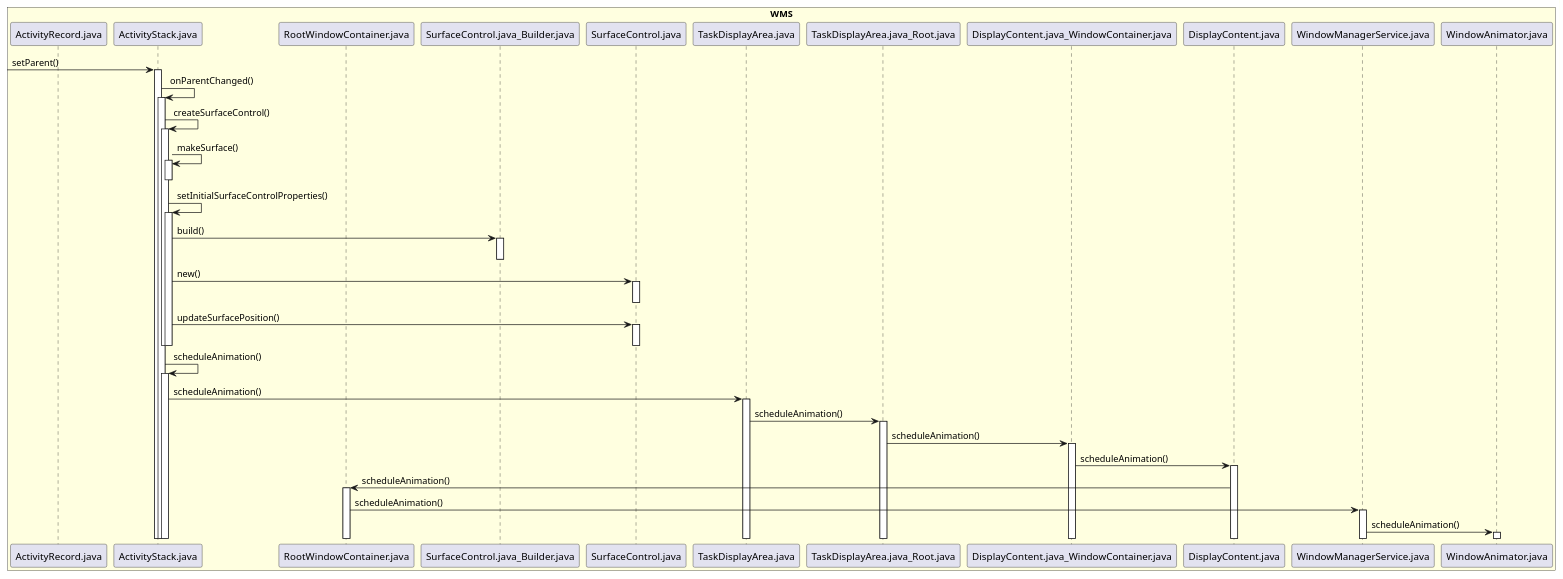
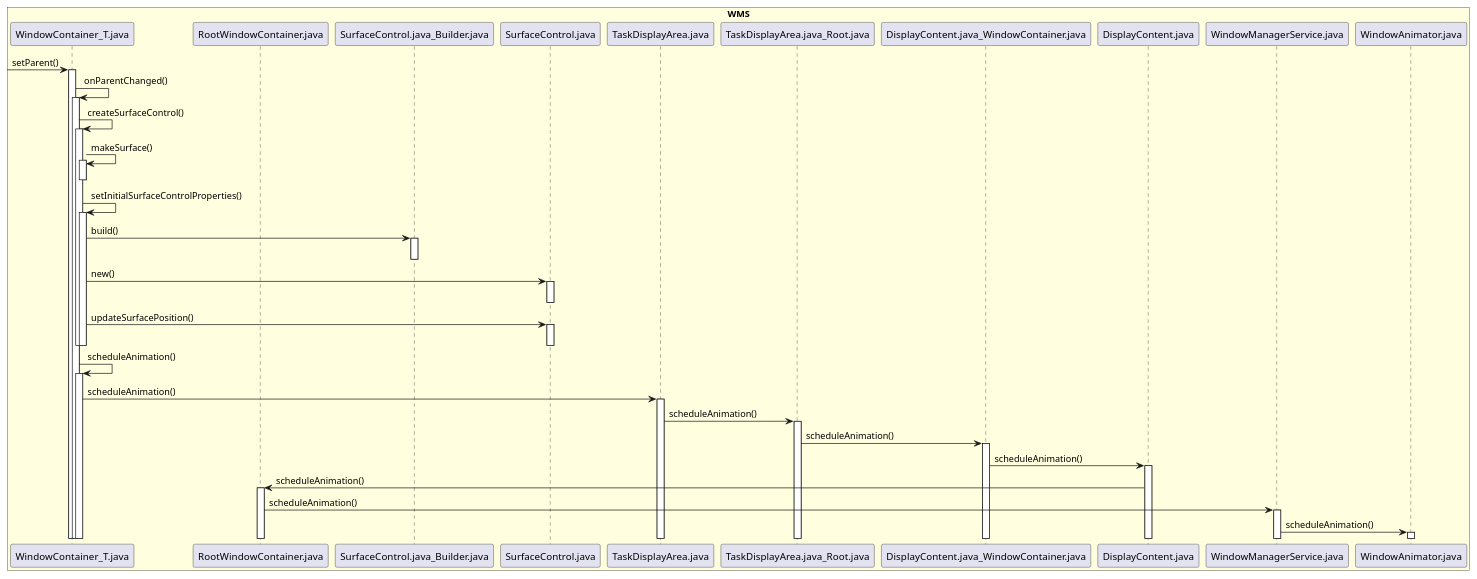
One commit to javalive09/UML changed the diagram in android11/startactivity/startActivity_2.1.0.0.puml. Above: the diagram before and after it, drawn with PlantUML. The commit also changed 17 other files, not shown here.

Commit message:
update android11 uml

```diff
--- a/android11/startactivity/startActivity_2.1.0.0.puml
+++ b/android11/startactivity/startActivity_2.1.0.0.puml
@@ -1,58 +1,57 @@
 @startuml
 
 box "WMS"  #LightYellow
-participant ActivityRecord.java
-participant ActivityStack.java
+participant WindowContainer_T.java
 participant RootWindowContainer.java
 participant SurfaceControl.java_Builder.java
 participant SurfaceControl.java
 participant TaskDisplayArea.java
 participant TaskDisplayArea.java_Root.java
 participant DisplayContent.java_WindowContainer.java
 participant DisplayContent.java
 participant WindowManagerService.java
 participant WindowAnimator.java
 end box
 
- -> ActivityStack.java: setParent()
-activate ActivityStack.java
-ActivityStack.java -> ActivityStack.java: onParentChanged()
-activate ActivityStack.java
-ActivityStack.java -> ActivityStack.java: createSurfaceControl()
-activate ActivityStack.java
-ActivityStack.java -> ActivityStack.java: makeSurface()
-activate ActivityStack.java
-deactivate ActivityStack.java
-ActivityStack.java -> ActivityStack.java: setInitialSurfaceControlProperties()
-activate ActivityStack.java
-ActivityStack.java -> SurfaceControl.java_Builder.java: build()
+ -> WindowContainer_T.java: setParent()
+activate WindowContainer_T.java
+WindowContainer_T.java -> WindowContainer_T.java: onParentChanged()
+activate WindowContainer_T.java
+WindowContainer_T.java -> WindowContainer_T.java: createSurfaceControl()
+activate WindowContainer_T.java
+WindowContainer_T.java -> WindowContainer_T.java: makeSurface()
+activate WindowContainer_T.java
+deactivate WindowContainer_T.java
+WindowContainer_T.java -> WindowContainer_T.java: setInitialSurfaceControlProperties()
+activate WindowContainer_T.java
+WindowContainer_T.java -> SurfaceControl.java_Builder.java: build()
 activate SurfaceControl.java_Builder.java
 deactivate SurfaceControl.java_Builder.java
-ActivityStack.java -> SurfaceControl.java: new()
+WindowContainer_T.java -> SurfaceControl.java: new()
 activate SurfaceControl.java
 deactivate SurfaceControl.java
-ActivityStack.java -> SurfaceControl.java: updateSurfacePosition()
+WindowContainer_T.java -> SurfaceControl.java: updateSurfacePosition()
 activate SurfaceControl.java
 deactivate SurfaceControl.java
 
-deactivate ActivityStack.java
-deactivate ActivityStack.java
+deactivate WindowContainer_T.java
+deactivate WindowContainer_T.java
 
-ActivityStack.java -> ActivityStack.java: scheduleAnimation()
-activate ActivityStack.java
-ActivityStack.java -> TaskDisplayArea.java: scheduleAnimation()
+WindowContainer_T.java -> WindowContainer_T.java: scheduleAnimation()
+activate WindowContainer_T.java
+WindowContainer_T.java -> TaskDisplayArea.java: scheduleAnimation()
 activate TaskDisplayArea.java
 TaskDisplayArea.java -> TaskDisplayArea.java_Root.java: scheduleAnimation()
 activate TaskDisplayArea.java_Root.java
 TaskDisplayArea.java_Root.java -> DisplayContent.java_WindowContainer.java: scheduleAnimation()
 activate DisplayContent.java_WindowContainer.java
 DisplayContent.java_WindowContainer.java -> DisplayContent.java: scheduleAnimation()
 activate DisplayContent.java
 DisplayContent.java -> RootWindowContainer.java: scheduleAnimation()
 activate RootWindowContainer.java
 RootWindowContainer.java -> WindowManagerService.java: scheduleAnimation()
 activate WindowManagerService.java
 WindowManagerService.java -> WindowAnimator.java: scheduleAnimation()
 activate WindowAnimator.java
 
 @enduml
```
